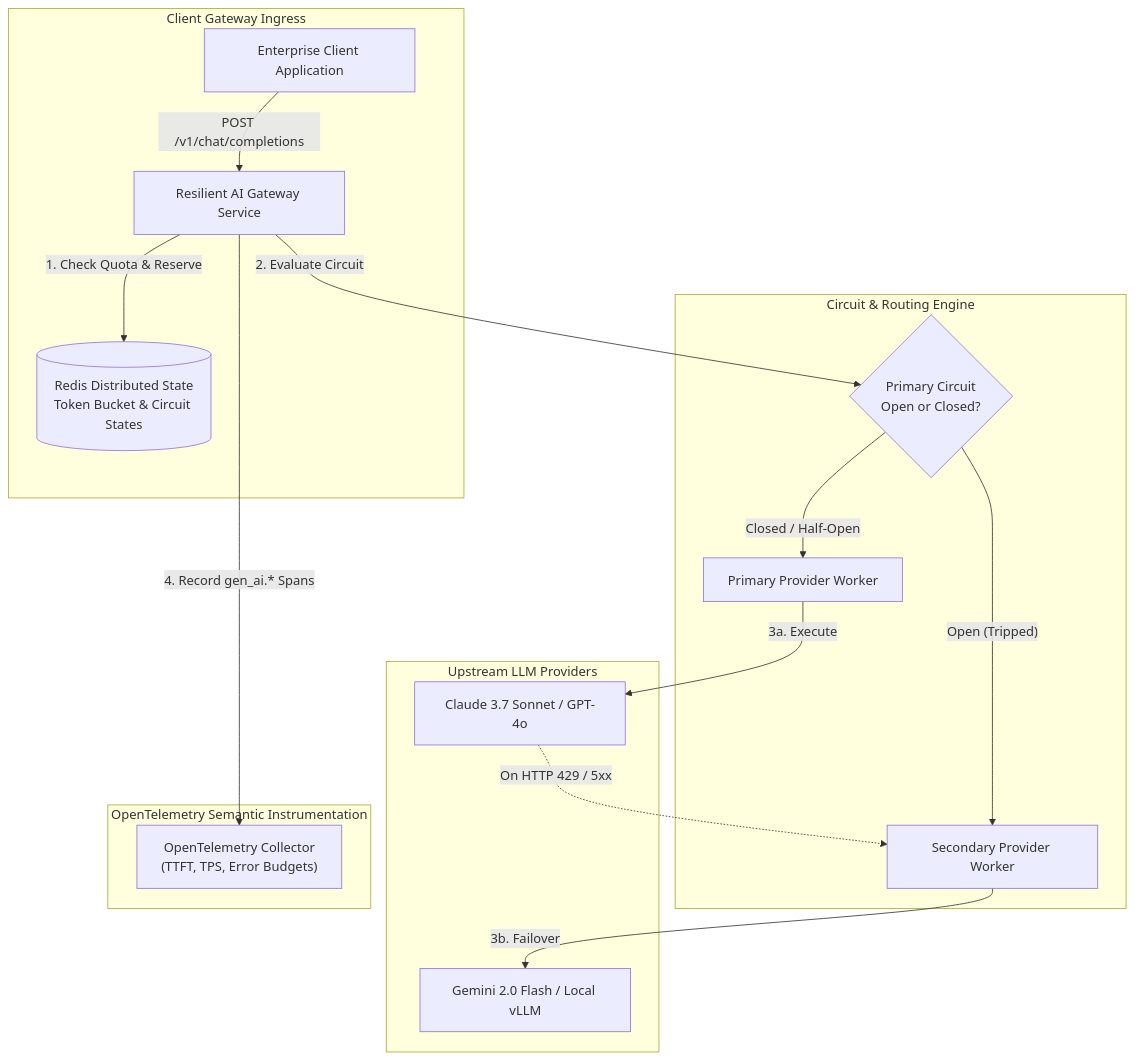
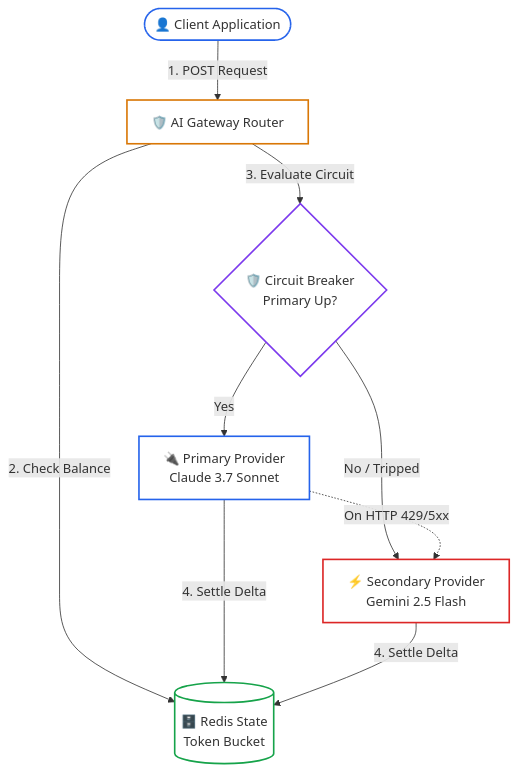
The second of 2 diagrams in 07-production-deployment-and-llmops/01-resilient-ai-gateways-and-rate-limiting.md (dip4k/senior-engineer-to-ai-engineer-roadmap), drawn with Mermaid before and after one commit. The commit also changed other lines of this file and 49 other files, not shown here.

First line of the commit message:
feat(curriculum): complete 2026 refactoring across roadmaps, use-cases, labs, and agent-forge

````diff
--- a/07-production-deployment-and-llmops/01-resilient-ai-gateways-and-rate-limiting.md
+++ b/07-production-deployment-and-llmops/01-resilient-ai-gateways-and-rate-limiting.md
@@ -325,27 +364,18 @@
 ```mermaid
 flowchart TD
-    subgraph Ingress["Client Gateway Ingress"]
-        Client["Enterprise Client Application"] -->|"POST /v1/chat/completions"| GW["Resilient AI Gateway Service"]
-        GW -->|"1. Check Quota & Reserve"| Redis[("Redis Distributed State<br/>Token Bucket & Circuit States")]
-    end
+    Client(["👤 Client Application"]) -->|1. POST Request| GW["🛡️ AI Gateway Router"]
+    GW -->|2. Check Balance| Redis[("🗄️ Redis State<br/>Token Bucket")]
+    GW -->|3. Evaluate Circuit| Breaker{"🛡️ Circuit Breaker<br/>Primary Up?"}
+    Breaker -->|Yes| Primary["🔌 Primary Provider<br/>Claude 3.7 Sonnet"]
+    Breaker -->|No / Tripped| Backup["⚡ Secondary Provider<br/>Gemini 2.5 Flash"]
+    Primary -.->|On HTTP 429/5xx| Backup
+    Primary -->|4. Settle Delta| Redis
+    Backup -->|4. Settle Delta| Redis
 
-    subgraph Decision["Circuit & Routing Engine"]
-        GW -->|"2. Evaluate Circuit"| Router{"Primary Circuit<br/>Open or Closed?"}
-        Router -->|"Closed / Half-Open"| P_Path["Primary Provider Worker"]
-        Router -->|"Open (Tripped)"| S_Path["Secondary Provider Worker"]
-    end
-
-    subgraph Providers["Upstream LLM Providers"]
-        P_Path -->|"3a. Execute"| P_LLM["Claude 3.7 Sonnet / GPT-4o"]
-        S_Path -->|"3b. Failover"| S_LLM["Gemini 2.0 Flash / Local vLLM"]
-        P_LLM -.->|"On HTTP 429 / 5xx"| S_Path
-    end
-
-    subgraph Observability["OpenTelemetry Semantic Instrumentation"]
-        GW -->|"4. Record gen_ai.* Spans"| OTel["OpenTelemetry Collector<br/>(TTFT, TPS, Error Budgets)"]
-    end
-
-    Ingress ~~~ Decision
-    Decision ~~~ Providers
-    Providers ~~~ Observability
+    style Client stroke:#2563eb,stroke-width:2px,fill:none
+    style GW stroke:#d97706,stroke-width:2px,fill:none
+    style Redis stroke:#16a34a,stroke-width:2px,fill:none
+    style Breaker stroke:#7c3aed,stroke-width:2px,fill:none
+    style Primary stroke:#2563eb,stroke-width:2px,fill:none
+    style Backup stroke:#dc2626,stroke-width:2px,fill:none
 ```
````
